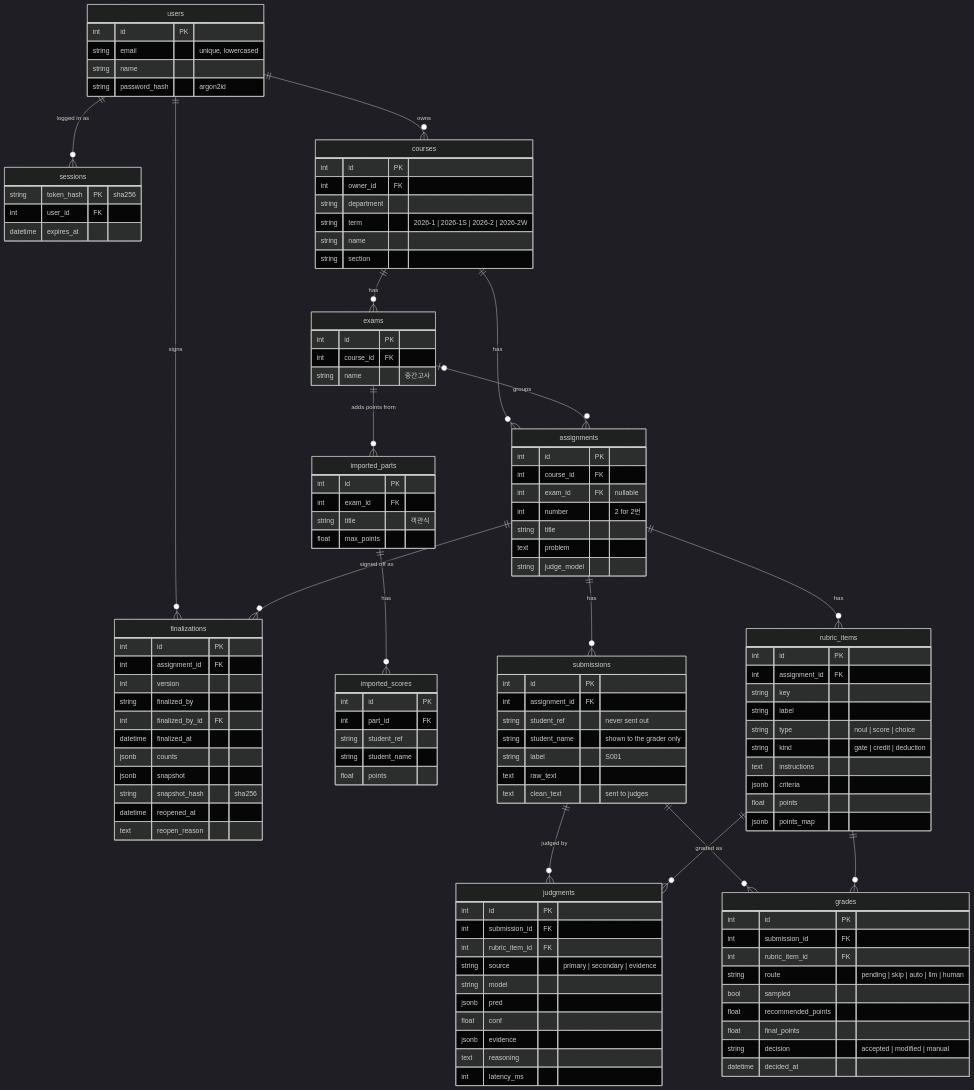
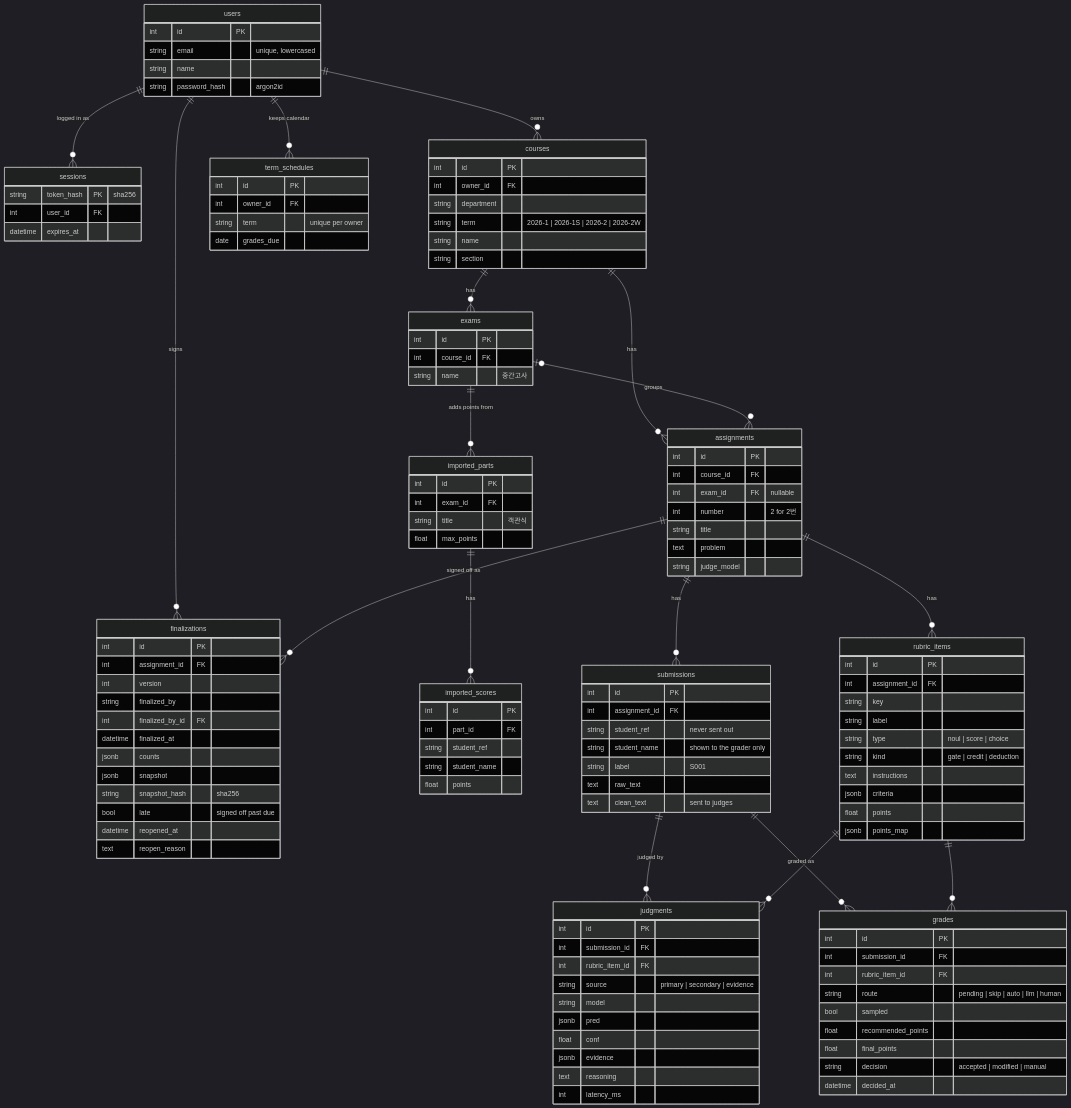
One commit to GrntKim/FastABC changed the diagram in docs/development.md. Above: the diagram before and after it, drawn with Mermaid (dark theme). The commit also changed other lines of this file and 15 other files, not shown here.

Commit message:
feat: keep each term's grade due date and ask once more before signing off after it

````diff
--- a/docs/development.md
+++ b/docs/development.md
@@ -54,6 +54,7 @@
     users ||--o{ sessions : "logged in as"
     users ||--o{ courses : owns
     users ||--o{ finalizations : signs
+    users ||--o{ term_schedules : "keeps calendar"
     courses ||--o{ exams : has
     courses ||--o{ assignments : has
     exams |o--o{ assignments : groups
@@ -167,7 +168,14 @@
         jsonb counts
         jsonb snapshot
         string snapshot_hash "sha256"
+        bool late "signed off past due"
         datetime reopened_at
         text reopen_reason
     }
+    term_schedules {
+        int id PK
+        int owner_id FK
+        string term "unique per owner"
+        date grades_due
+    }
 ```
````
